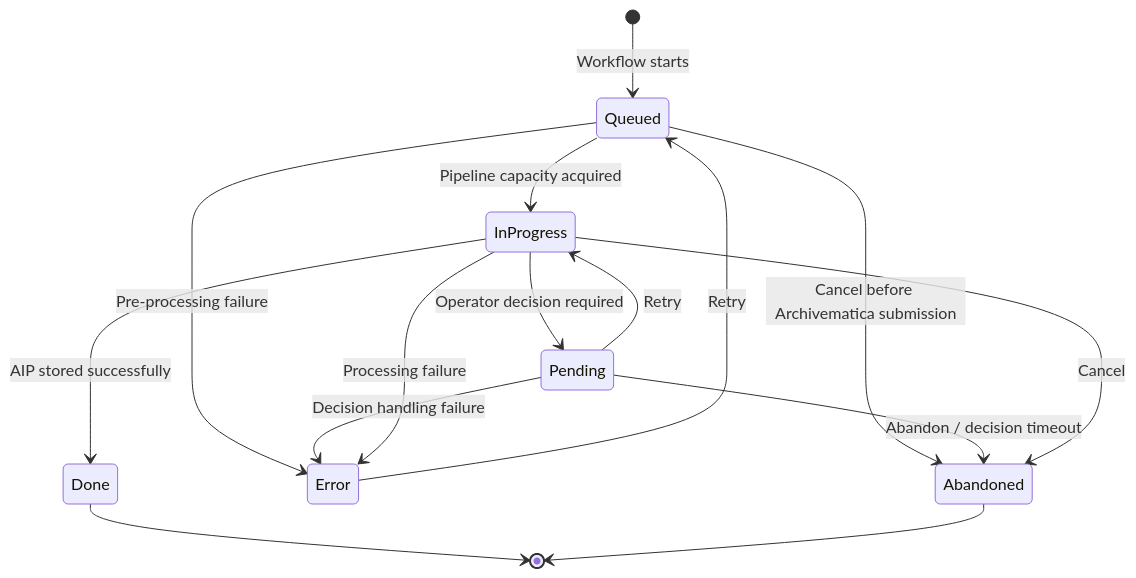
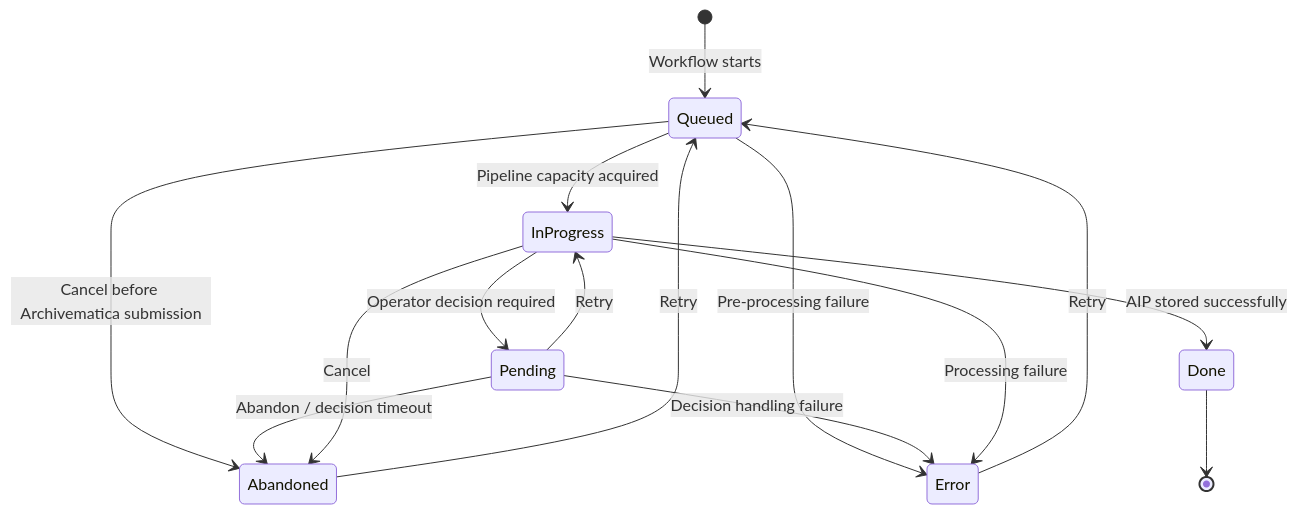
One commit to artefactual-labs/enduro changed the diagram in docs/user-manual.md. Above: the diagram before and after it, drawn with Mermaid. The commit also changed other lines of this file and 6 other files, not shown here.

First line of the commit message:
Retry abandoned collections

````diff
--- a/docs/user-manual.md
+++ b/docs/user-manual.md
@@ -93,17 +93,17 @@
 ```mermaid
 stateDiagram-v2
     [*] --> Queued: Workflow starts
     Queued --> InProgress: Pipeline capacity acquired
     Queued --> Abandoned: Cancel before Archivematica submission
     Queued --> Error: Pre-processing failure
     InProgress --> Pending: Operator decision required
     Pending --> InProgress: Retry
     Pending --> Abandoned: Abandon / decision timeout
     Pending --> Error: Decision handling failure
     InProgress --> Done: AIP stored successfully
     InProgress --> Error: Processing failure
     InProgress --> Abandoned: Cancel
     Error --> Queued: Retry
+    Abandoned --> Queued: Retry
     Done --> [*]
-    Abandoned --> [*]
 ```
````
